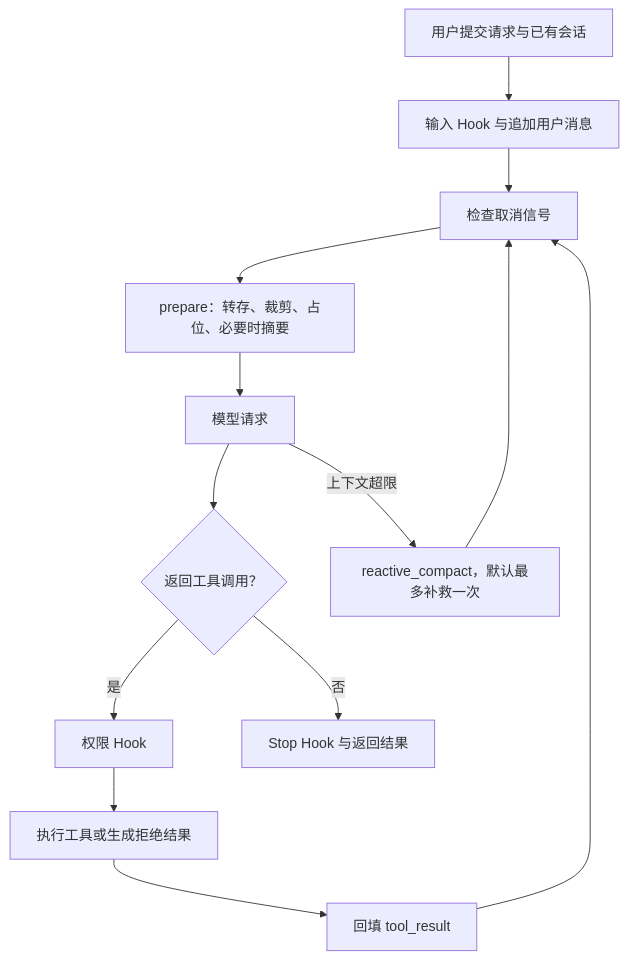
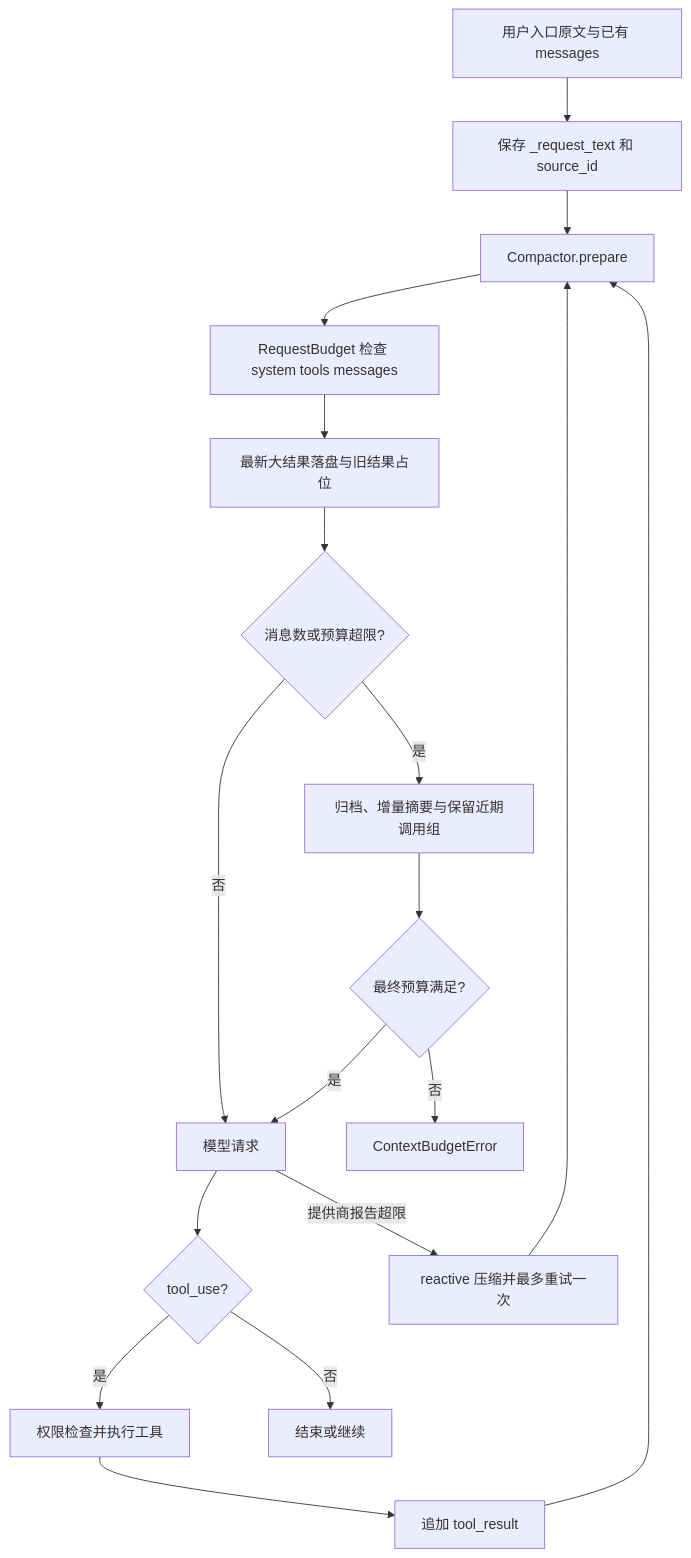
The diagram in docs/context-design.md (still0123/agentloop), drawn with Mermaid before and after one commit. The commit also changed other lines of this file and 16 other files, not shown here.

````diff
--- a/docs/context-design.md
+++ b/docs/context-design.md
@@ -87,15 +53,20 @@
 ```mermaid
 flowchart TD
-    A[用户提交请求与已有会话] --> B[输入 Hook 与追加用户消息]
-    B --> C[检查取消信号]
-    C --> D[prepare：转存、裁剪、占位、必要时摘要]
-    D --> E[模型请求]
-    E --> F{返回工具调用？}
-    F -->|是| G[权限 Hook]
-    G --> H[执行工具或生成拒绝结果]
-    H --> I[回填 tool_result]
-    I --> C
-    F -->|否| J[Stop Hook 与返回结果]
-    E -->|上下文超限| K[reactive_compact，默认最多补救一次]
-    K --> C
+    A[用户入口原文与已有 messages] --> B[保存 _request_text 和 source_id]
+    B --> C[Compactor.prepare]
+    C --> D[RequestBudget 检查 system tools messages]
+    D --> L[最新大结果落盘与旧结果占位]
+    L --> E{消息数或预算超限?}
+    E -->|否| F[模型请求]
+    E -->|是| G[归档、增量摘要与保留近期调用组]
+    G --> M{最终预算满足?}
+    M -->|是| F
+    M -->|否| N[ContextBudgetError]
+    F --> H{tool_use?}
+    H -->|是| I[权限检查并执行工具]
+    I --> J[追加 tool_result]
+    J --> C
+    H -->|否| K[结束或继续]
+    F -->|提供商报告超限| R[reactive 压缩并最多重试一次]
+    R --> C
 ```
````
